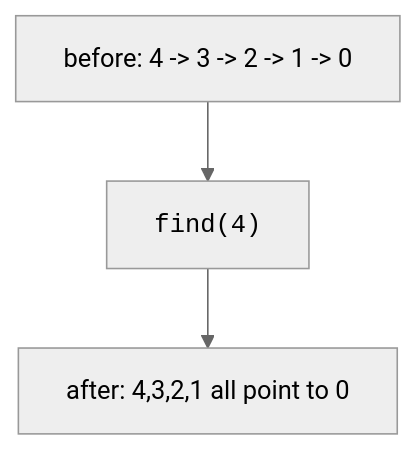
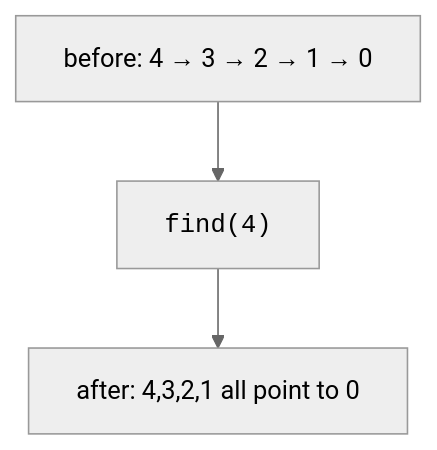
The second of 4 diagrams in content/courses/mastering-dsa-cpp/union-find.mdx (dataslope/dataslope), drawn with Mermaid (neutral theme) before and after one commit. The commit also changed 26 other files, not shown here.

````diff
--- a/content/courses/mastering-dsa-cpp/union-find.mdx
+++ b/content/courses/mastering-dsa-cpp/union-find.mdx
@@ -83,4 +83,4 @@
 ```mermaid
 graph TD
-    A["before: 4 -> 3 -> 2 -> 1 -> 0"] --> B["<code>find(4)</code>"] --> C["after: 4,3,2,1 all point to 0"]
+    A["before: 4 → 3 → 2 → 1 → 0"] --> B["<code>find(4)</code>"] --> C["after: 4,3,2,1 all point to 0"]
 ```
````
